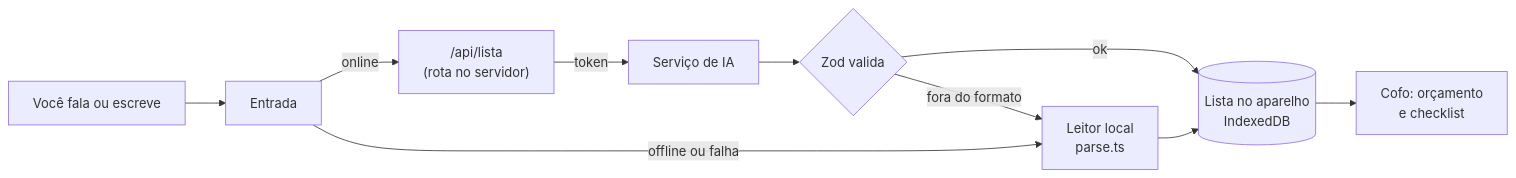
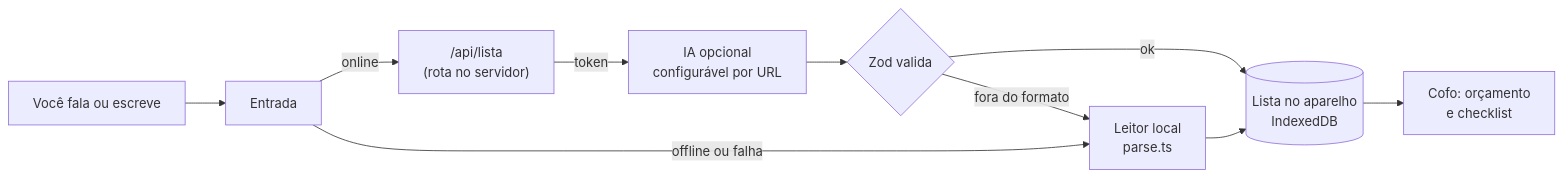
The diagram in README.md (tekiidev/cofu), drawn with Mermaid before and after one commit. The commit also changed other lines of this file and 4 other files, not shown here.

First line of the commit message:
docs: IA opcional e configurável por URL

````diff
--- a/README.md
+++ b/README.md
@@ -38,12 +38,12 @@
 ```mermaid
 flowchart LR
   U[Você fala ou escreve] --> E[Entrada]
   E -->|online| API["/api/lista<br/>(rota no servidor)"]
-  API -->|token| IA[Serviço de IA]
+  API -->|token| IA[IA opcional<br/>configurável por URL]
   IA --> Z{Zod valida}
   E -->|offline ou falha| P[Leitor local<br/>parse.ts]
   Z -->|ok| L[(Lista no aparelho<br/>IndexedDB)]
   Z -->|fora do formato| P
   P --> L
   L --> C[Cofo: orçamento<br/>e checklist]
 ```
````
